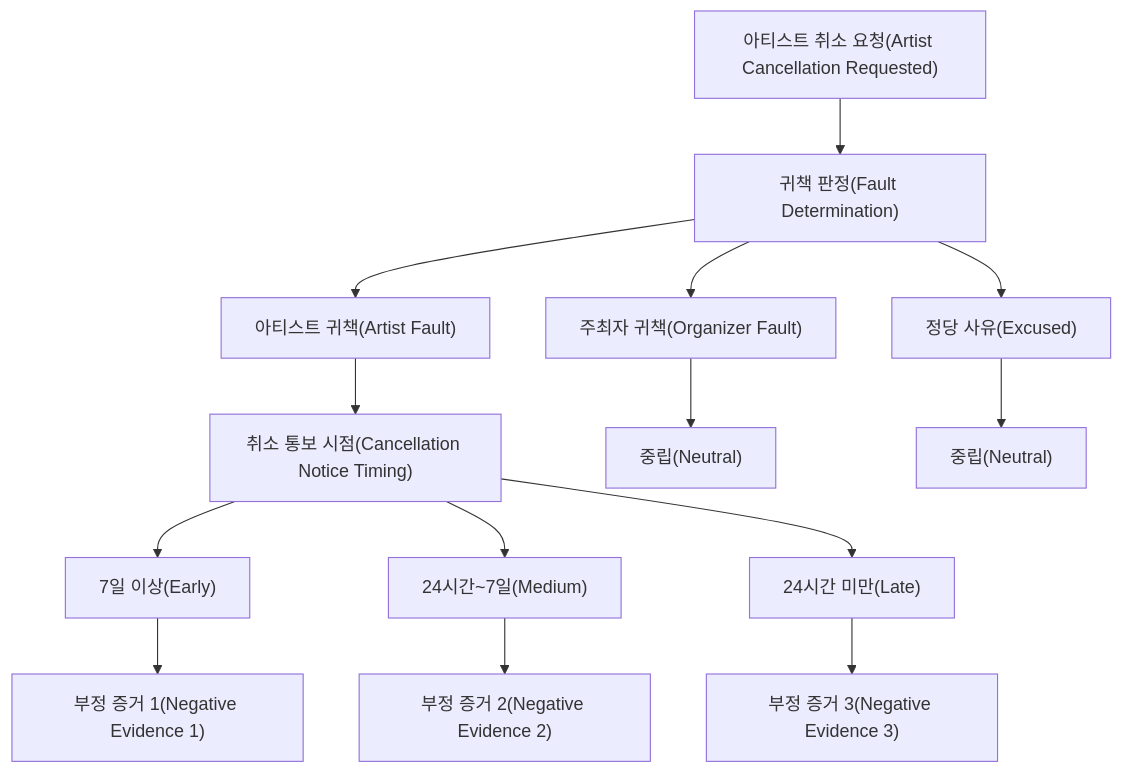
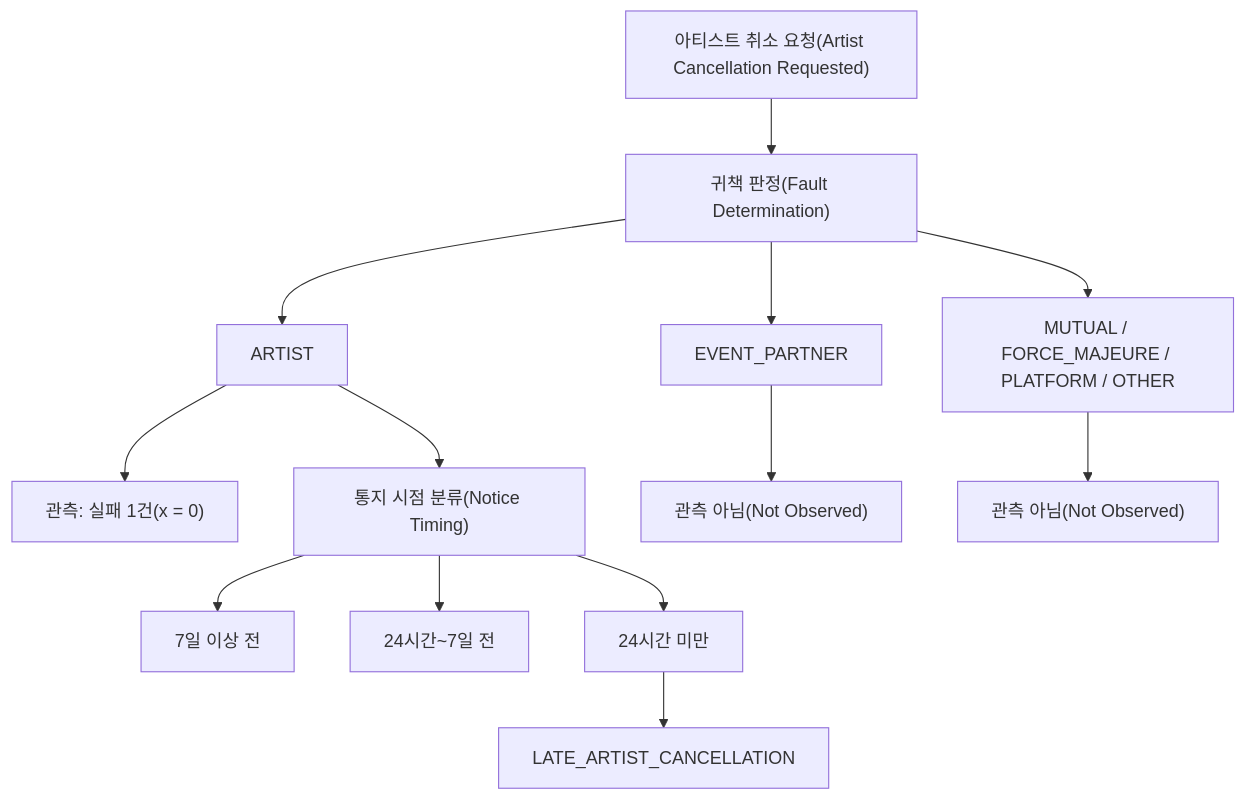
The first of 2 diagrams in docs/adr/artist_trust_architecture/04_final_policy_decisions.md (nsuCapstoneTeam/NSU_CAPSTONE), drawn with Mermaid before and after one commit. The commit also changed other lines of this file and 13 other files, not shown here.

````diff
--- a/docs/adr/artist_trust_architecture/04_final_policy_decisions.md
+++ b/docs/adr/artist_trust_architecture/04_final_policy_decisions.md
@@ -107,17 +132,16 @@
 ```mermaid
 flowchart TD
     Request["아티스트 취소 요청(Artist Cancellation Requested)"]
     Request --> Fault["귀책 판정(Fault Determination)"]
-    Fault --> Artist["아티스트 귀책(Artist Fault)"]
-    Fault --> Organizer["주최자 귀책(Organizer Fault)"]
-    Fault --> Excused["정당 사유(Excused)"]
-    Artist --> Timing["취소 통보 시점(Cancellation Notice Timing)"]
-    Timing --> Early["7일 이상(Early)"]
-    Timing --> Mid["24시간~7일(Medium)"]
-    Timing --> Late["24시간 미만(Late)"]
-    Early --> S1["부정 증거 1(Negative Evidence 1)"]
-    Mid --> S2["부정 증거 2(Negative Evidence 2)"]
-    Late --> S3["부정 증거 3(Negative Evidence 3)"]
-    Organizer --> Neutral1["중립(Neutral)"]
-    Excused --> Neutral2["중립(Neutral)"]
+    Fault --> Artist["ARTIST"]
+    Fault --> Partner["EVENT_PARTNER"]
+    Fault --> Other["MUTUAL / FORCE_MAJEURE / PLATFORM / OTHER"]
+    Artist --> Fail["관측: 실패 1건(x = 0)"]
+    Artist --> Timing["통지 시점 분류(Notice Timing)"]
+    Timing --> Early["7일 이상 전"]
+    Timing --> Mid["24시간~7일 전"]
+    Timing --> Late["24시간 미만"]
+    Late --> LateSignal["LATE_ARTIST_CANCELLATION"]
+    Partner --> Neutral1["관측 아님(Not Observed)"]
+    Other --> Neutral2["관측 아님(Not Observed)"]
 ```
````
